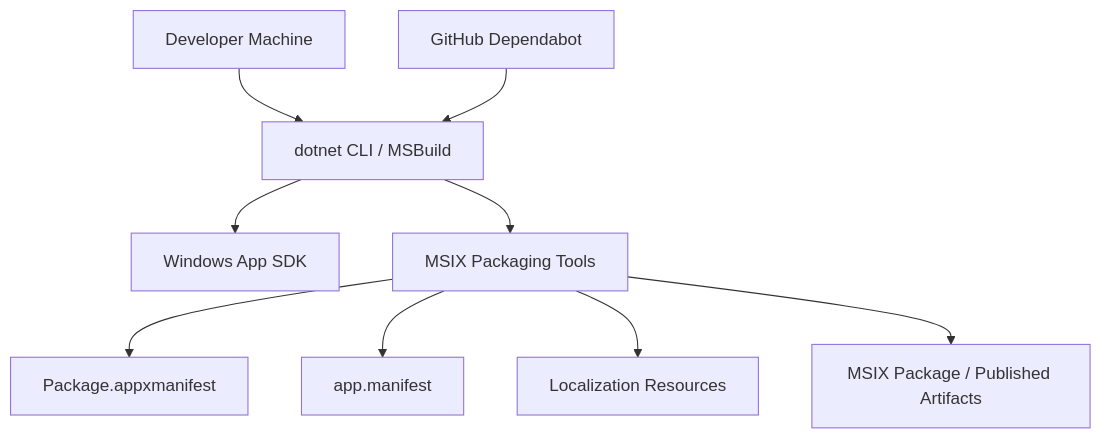
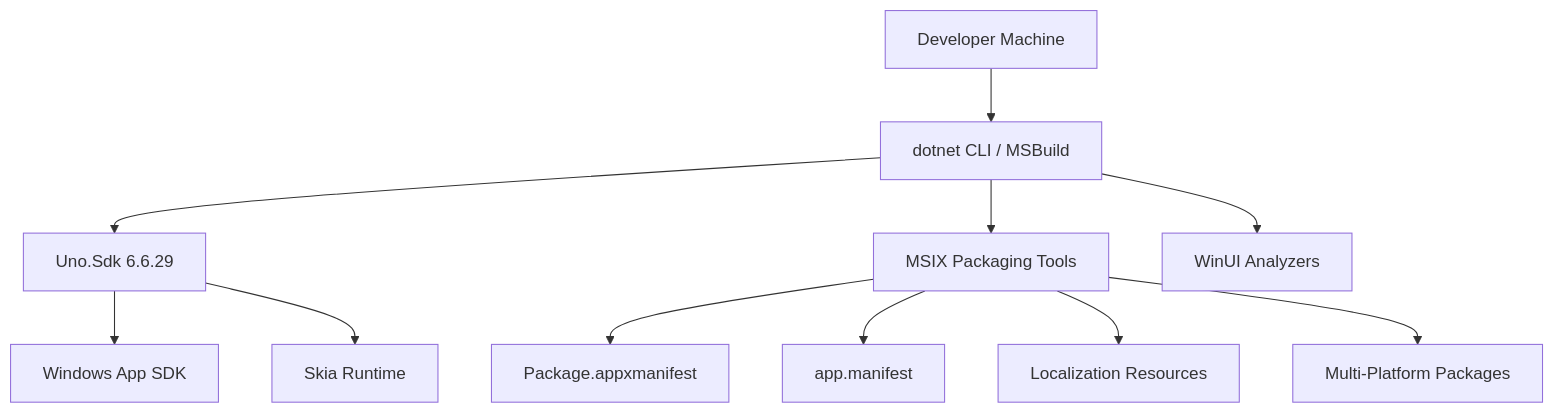
Before and after one commit to AgenticDesktop/App: the second of 12 diagrams in .qoder/repowiki/en/content/Configuration and Deployment.md, drawn with Mermaid. The commit also changed other lines of this file and 19 other files, not shown here.

````diff
--- a/.qoder/repowiki/en/content/Configuration and Deployment.md
+++ b/.qoder/repowiki/en/content/Configuration and Deployment.md
@@ -121,20 +137,24 @@
 ```mermaid
 graph TB
 Dev["Developer Machine"]
 DotNet["dotnet CLI / MSBuild"]
+UnoSDK["Uno.Sdk 6.6.29"]
 WinAppSDK["Windows App SDK"]
+SkiaRuntime["Skia Runtime"]
 MSIXTooling["MSIX Packaging Tools"]
-Dependabot["GitHub Dependabot"]
+Analyzer["WinUI Analyzers"]
 AppX["Package.appxmanifest"]
 Manifest["app.manifest"]
 Localization["Localization Resources"]
-Output["MSIX Package / Published Artifacts"]
+Output["Multi-Platform Packages"]
 Dev --> DotNet
-DotNet --> WinAppSDK
+DotNet --> UnoSDK
+UnoSDK --> WinAppSDK
+UnoSDK --> SkiaRuntime
 DotNet --> MSIXTooling
-Dependabot --> DotNet
+DotNet --> Analyzer
 MSIXTooling --> AppX
 MSIXTooling --> Manifest
 MSIXTooling --> Localization
 MSIXTooling --> Output
 ```
````
